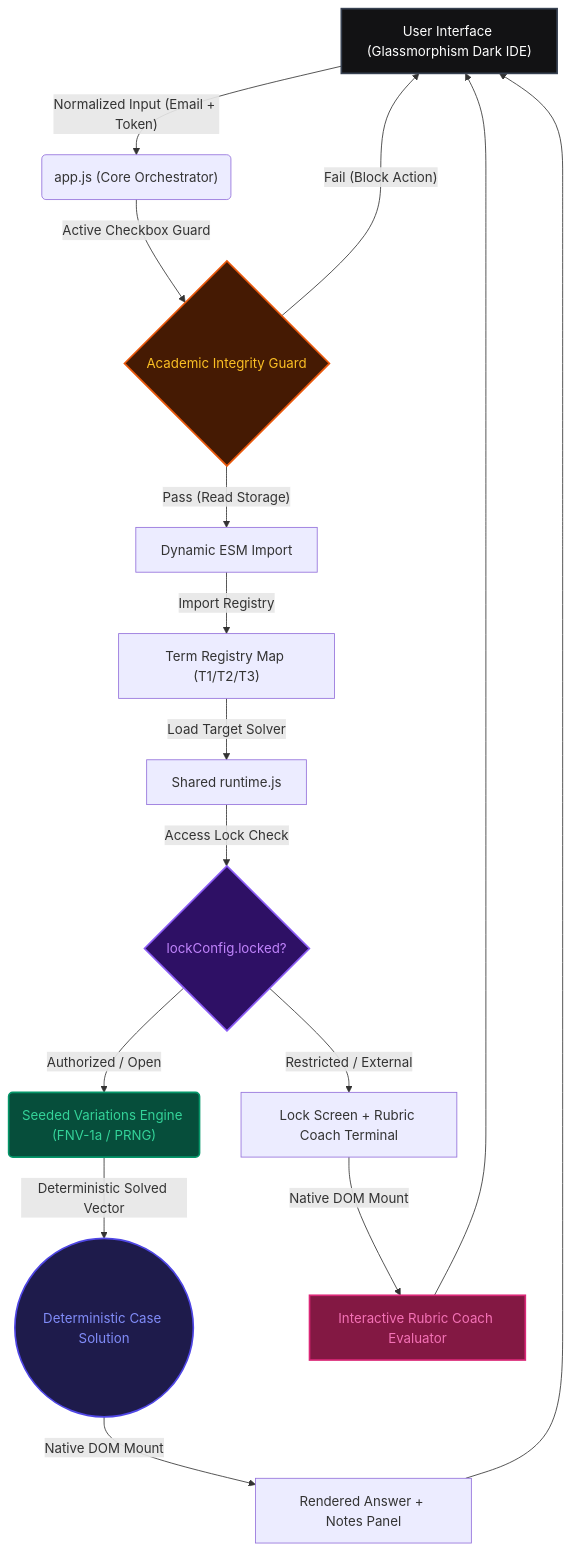
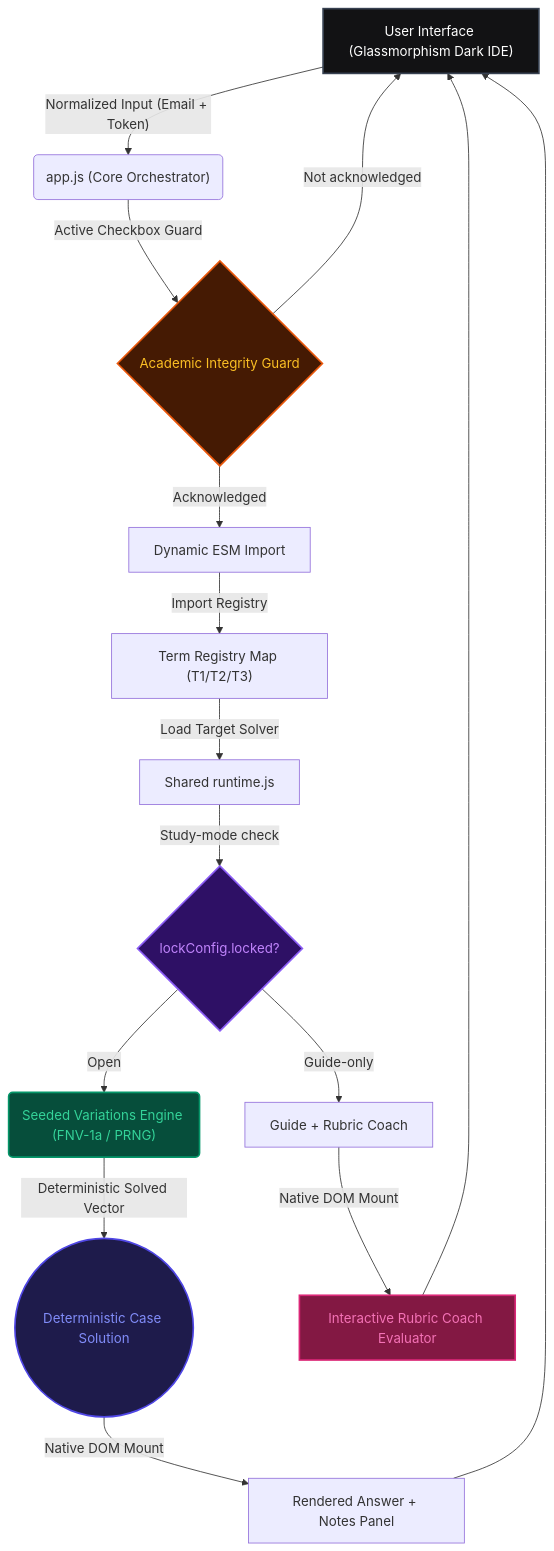
Before and after one commit to GyaanFlow/tds-roe-solver-t12026: the diagram in README.md, drawn with Mermaid. The commit also changed other lines of this file and 34 other files, not shown here.

````diff
--- a/README.md
+++ b/README.md
@@ -26,24 +28,24 @@
 ```mermaid
 graph TD
     A["User Interface (Glassmorphism Dark IDE)"] -->|"Normalized Input (Email + Token)"| B("app.js (Core Orchestrator)")
     B -->|"Active Checkbox Guard"| C{"Academic Integrity Guard"}
-    C -->|"Pass (Read Storage)"| D["Dynamic ESM Import"]
-    C -->|"Fail (Block Action)"| A
+    C -->|"Acknowledged"| D["Dynamic ESM Import"]
+    C -->|"Not acknowledged"| A
     D -->|"Import Registry"| E["Term Registry Map (T1/T2/T3)"]
     E -->|"Load Target Solver"| F["Shared runtime.js"]
-    F -->|"Access Lock Check"| G{"lockConfig.locked?"}
-    G -->|"Authorized / Open"| H("Seeded Variations Engine (FNV-1a / PRNG)")
-    G -->|"Restricted / External"| I["Lock Screen + Rubric Coach Terminal"]
+    F -->|"Study-mode check"| G{"lockConfig.locked?"}
+    G -->|"Open"| H("Seeded Variations Engine (FNV-1a / PRNG)")
+    G -->|"Guide-only"| I["Guide + Rubric Coach"]
     H -->|"Deterministic Solved Vector"| J(("Deterministic Case Solution"))
     J -->|"Native DOM Mount"| K["Rendered Answer + Notes Panel"]
     I -->|"Native DOM Mount"| L["Interactive Rubric Coach Evaluator"]
     K --> A
     L --> A
 
     style A fill:#121214,stroke:#374151,stroke-width:2px,color:#fff
     style C fill:#451a03,stroke:#ea580c,stroke-width:2px,color:#fbbf24
     style G fill:#2e1065,stroke:#8b5cf6,stroke-width:2px,color:#c084fc
     style H fill:#064e3b,stroke:#059669,stroke-width:2px,color:#34d399
     style J fill:#1e1b4b,stroke:#4f46e5,stroke-width:2px,color:#818cf8
     style L fill:#831843,stroke:#db2777,stroke-width:2px,color:#f472b6
 ```
````
